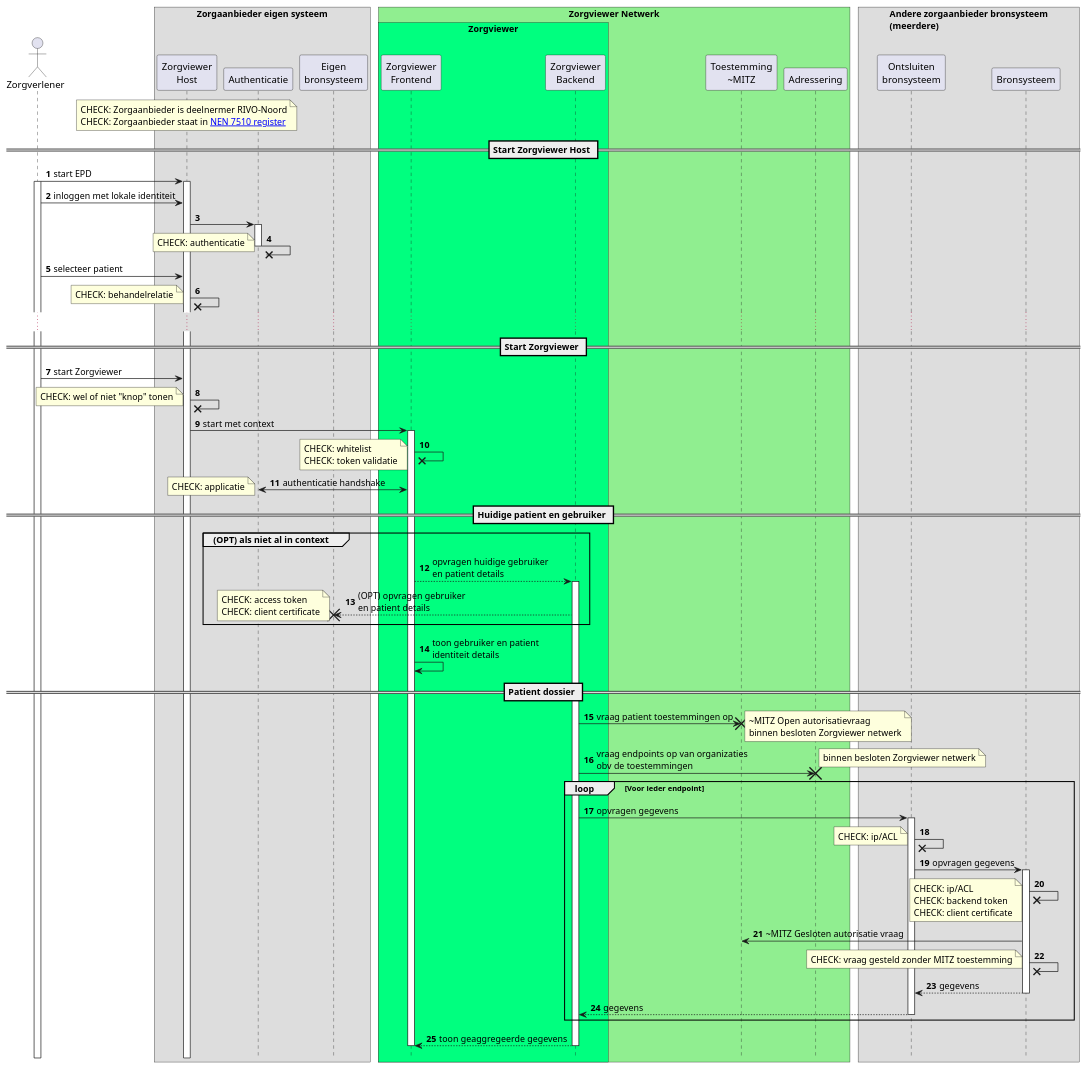
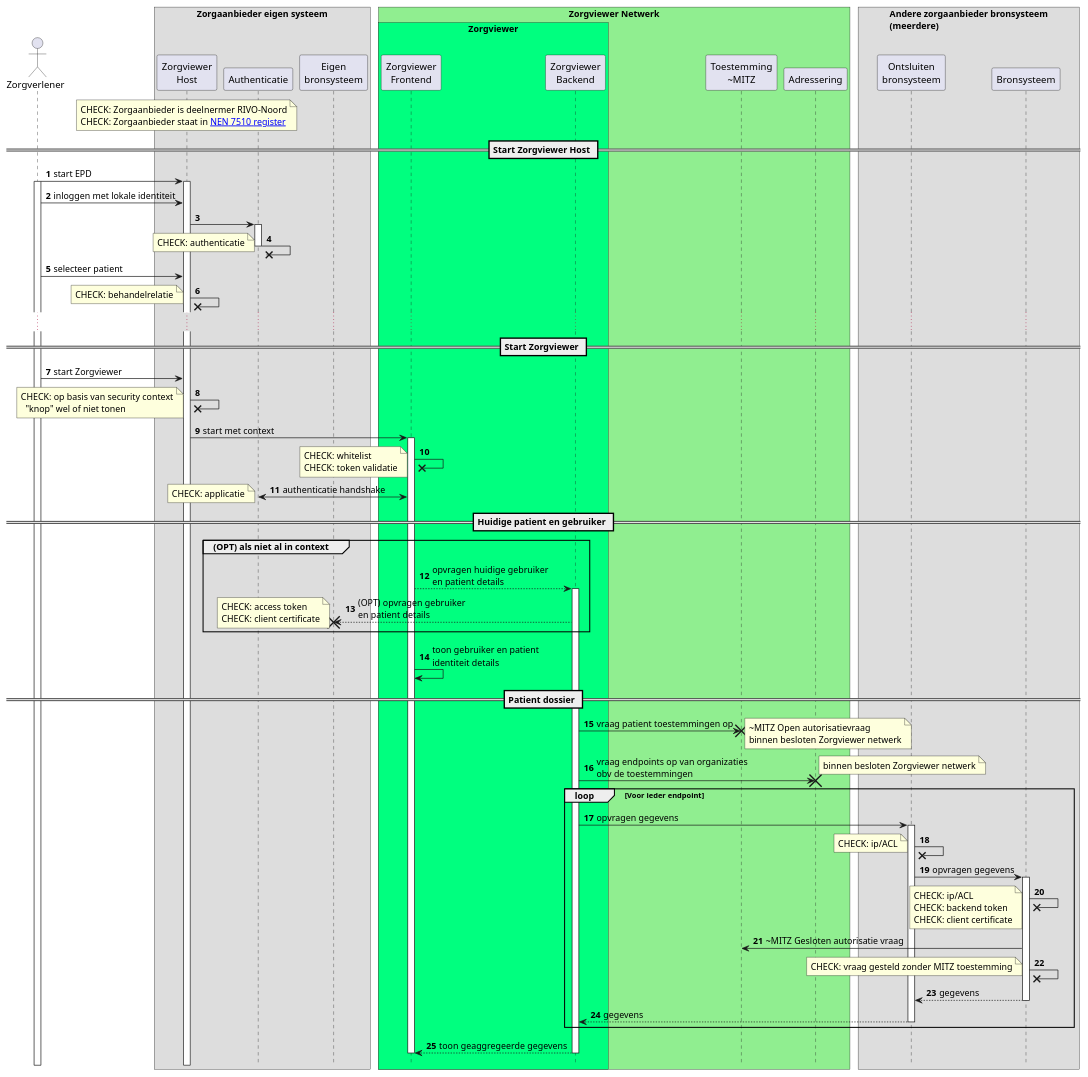
One commit to RIVO-Noord/zorgviewer-ig changed the diagram in input/images-source/Security-Design-seq.plantuml. Above: the diagram before and after it, drawn with PlantUML.

```diff
--- a/input/images-source/Security-Design-seq.plantuml
+++ b/input/images-source/Security-Design-seq.plantuml
@@ -1,129 +1,130 @@
 @startuml
 hide footbox
 autonumber
 
 actor Zorgverlener
 box "Zorgaanbieder eigen systeem"
   participant "Zorgviewer\nHost" as Host
   participant Authenticatie
   participant "Eigen\nbronsysteem" as EBron
 end box
 
 !pragma teoz true
 box "Zorgviewer Netwerk" #LightGreen
   box "Zorgviewer" #SpringGreen
     participant "Zorgviewer\nFrontend" as ZVFE
     participant "Zorgviewer\nBackend" as ZVBE
   end box
   participant "Toestemming\n~MITZ" as Toestemming
   participant Adressering
 end box
 
 box "Andere zorgaanbieder bronsysteem\n(meerdere)"
   participant "Ontsluiten\nbronsysteem" as AOBron
   participant "Bronsysteem" as ABron
 end box
 
 note over Host
   CHECK: Zorgaanbieder is deelnermer RIVO-Noord
   CHECK: Zorgaanbieder staat in [[https://www.nen.nl/certificatie-en-keurmerken-nen-7510 NEN 7510 register]]
 end note
 
 == Start Zorgviewer Host ==
 
 Zorgverlener->Host: start EPD
 activate Zorgverlener
 activate Host
 Zorgverlener->Host: inloggen met lokale identiteit
 Host->Authenticatie
 activate Authenticatie
 Authenticatie ->x Authenticatie
 note left
   CHECK: authenticatie
 end note
 deactivate Authenticatie
 Zorgverlener->Host: selecteer patient
 Host ->x Host
 note left
   CHECK: behandelrelatie
 end note
 
 ...
 
 == Start Zorgviewer ==
 
 Zorgverlener->Host: start Zorgviewer
 Host ->x Host
 note left
-  CHECK: wel of niet "knop" tonen
+  CHECK: op basis van security context
+    "knop" wel of niet tonen
 end note
 Host->ZVFE: start met context
 activate ZVFE
 ZVFE ->x ZVFE
 note left
   CHECK: whitelist
   CHECK: token validatie
 end note
 ZVFE<->Authenticatie: authenticatie handshake
 note left
   CHECK: applicatie
 end note
 destroy Authenticatie
 
 == Huidige patient en gebruiker ==
 
 group (OPT) als niet al in context
   ZVFE-->ZVBE: opvragen huidige gebruiker\nen patient details
   activate ZVBE
   ZVBE-->EBron: (OPT) opvragen gebruiker\nen patient details
   note left
     CHECK: access token
     CHECK: client certificate
   end note
   destroy EBron
 end
 ZVFE->ZVFE: toon gebruiker en patient\nidentiteit details
 
 == Patient dossier ==
 
 ZVBE->Toestemming: vraag patient toestemmingen op
 note right
   ~MITZ Open autorisatievraag
   binnen besloten Zorgviewer netwerk
 end note
 destroy Toestemming
 ZVBE->Adressering: vraag endpoints op van organizaties\nobv de toestemmingen
 note right
   binnen besloten Zorgviewer netwerk
 end note
 destroy Adressering
 loop Voor ieder endpoint
   ZVBE->AOBron: opvragen gegevens
   activate AOBron
   AOBron ->x AOBron
   note left
     CHECK: ip/ACL
   end note
   AOBron->ABron: opvragen gegevens
   activate ABron
   ABron ->x ABron
   note left
     CHECK: ip/ACL
     CHECK: backend token
     CHECK: client certificate
   end note
   ABron->Toestemming: ~MITZ Gesloten autorisatie vraag
   ABron ->x ABron
   note left
     CHECK: vraag gesteld zonder MITZ toestemming
   end note
   ABron-->AOBron: gegevens
   deactivate ABron
   AOBron-->ZVBE: gegevens
   deactivate AOBron
 end
 ZVBE-->ZVFE: toon geaggregeerde gegevens
 deactivate ZVBE
 deactivate ZVFE
 
 @enduml
```
